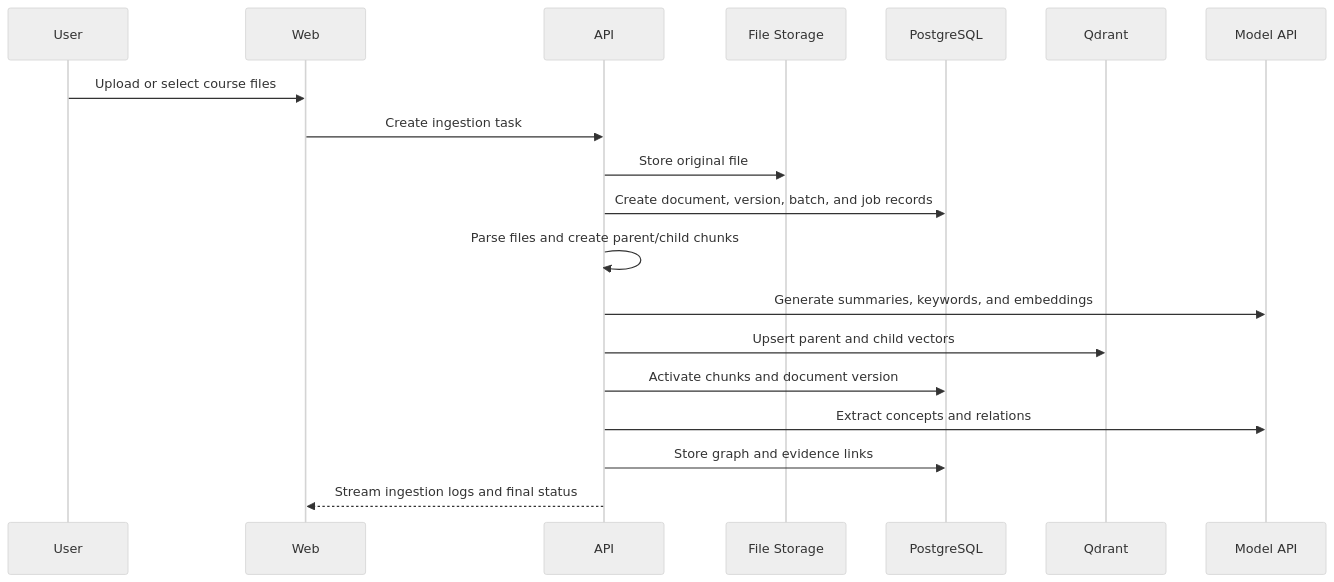
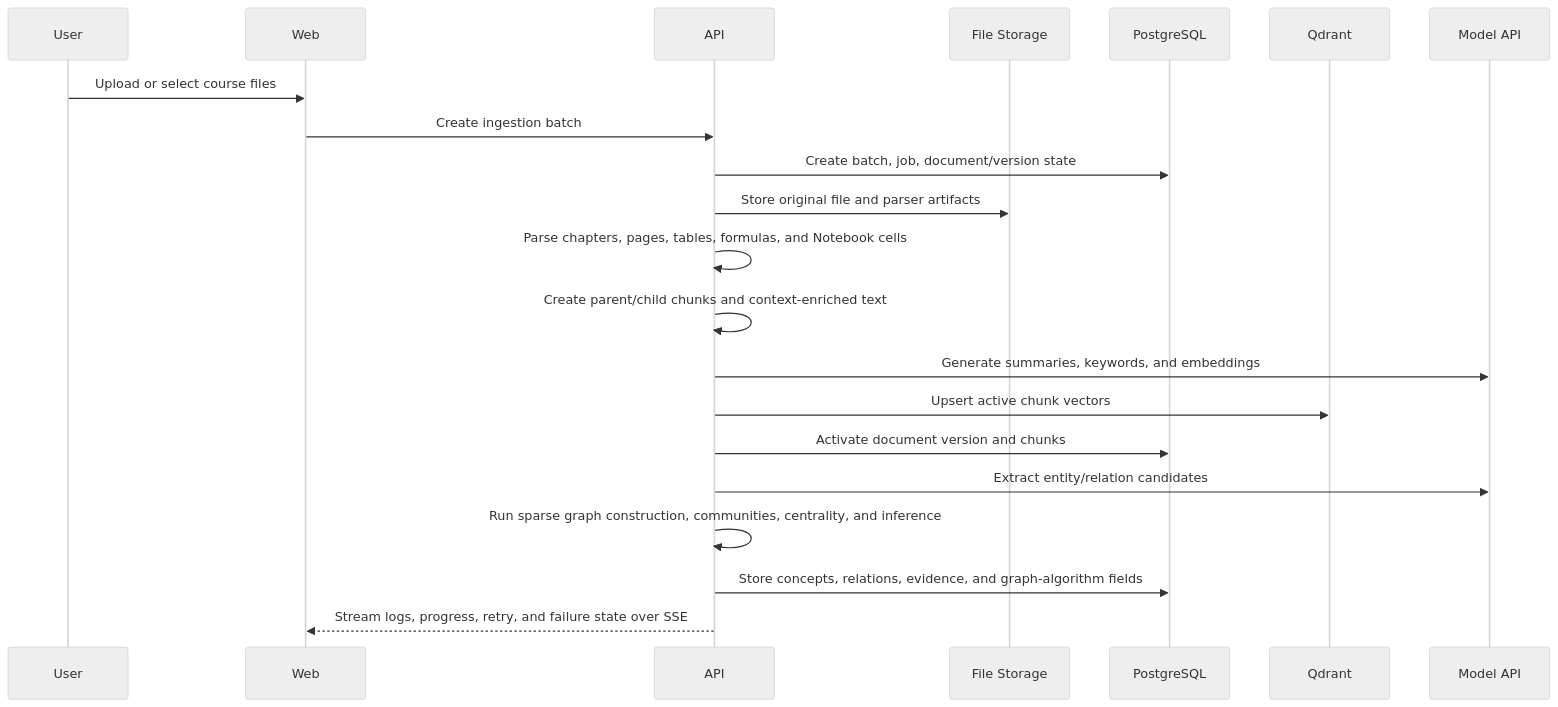
One commit to Sggggt/DialoGraph changed the second of 5 diagrams in README.en.md. Above: the diagram before and after it, drawn with Mermaid (neutral theme). The commit also changed other lines of this file and 38 other files, not shown here.

Commit message:
v4.0: 图谱生成重要升级，主要引入了RNN+KNN新型构图算法和社区分析

````diff
--- a/README.en.md
+++ b/README.en.md
@@ -174,22 +92,24 @@
 ```mermaid
 sequenceDiagram
     participant User
     participant Web
     participant API
     participant Files as File Storage
     participant DB as PostgreSQL
     participant Vector as Qdrant
     participant Model as Model API
 
     User->>Web: Upload or select course files
-    Web->>API: Create ingestion task
-    API->>Files: Store original file
-    API->>DB: Create document, version, batch, and job records
-    API->>API: Parse files and create parent/child chunks
+    Web->>API: Create ingestion batch
+    API->>DB: Create batch, job, document/version state
+    API->>Files: Store original file and parser artifacts
+    API->>API: Parse chapters, pages, tables, formulas, and Notebook cells
+    API->>API: Create parent/child chunks and context-enriched text
     API->>Model: Generate summaries, keywords, and embeddings
-    API->>Vector: Upsert parent and child vectors
-    API->>DB: Activate chunks and document version
-    API->>Model: Extract concepts and relations
-    API->>DB: Store graph and evidence links
-    API-->>Web: Stream ingestion logs and final status
+    API->>Vector: Upsert active chunk vectors
+    API->>DB: Activate document version and chunks
+    API->>Model: Extract entity/relation candidates
+    API->>API: Run sparse graph construction, communities, centrality, and inference
+    API->>DB: Store concepts, relations, evidence, and graph-algorithm fields
+    API-->>Web: Stream logs, progress, retry, and failure state over SSE
 ```
````
